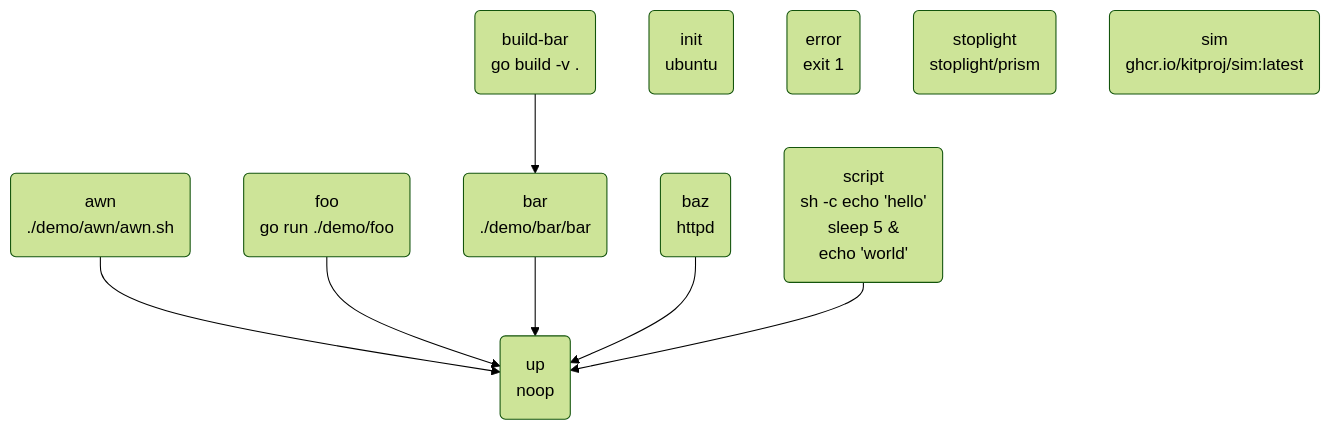
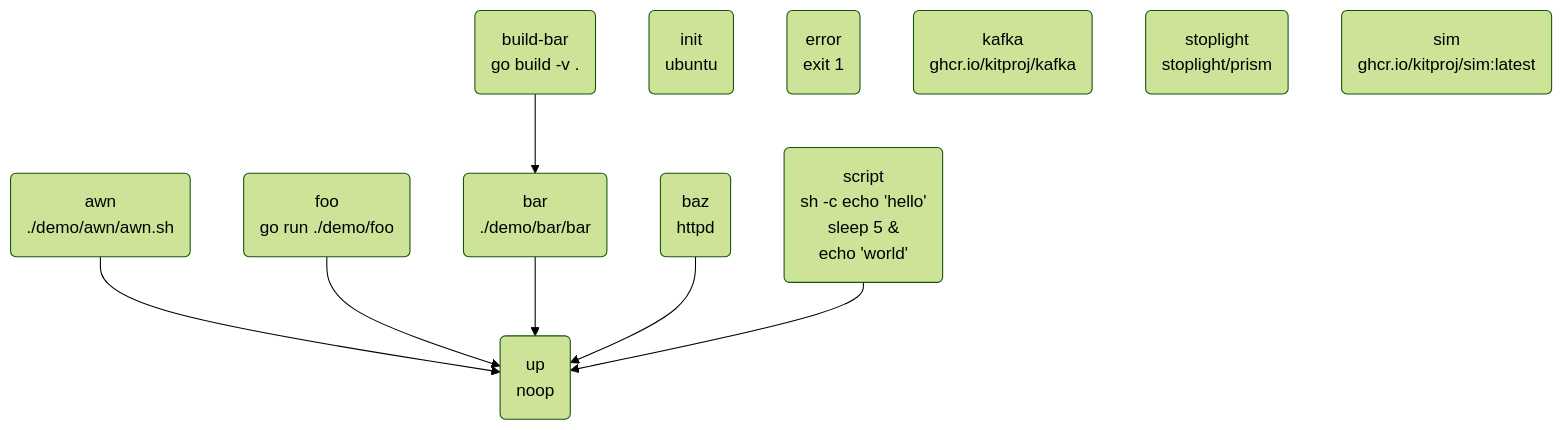
One commit to kitproj/kit changed the diagram in tasks.yaml.mermaid. Above: the diagram before and after it, drawn with Mermaid (forest theme). The commit also changed 2 other files, not shown here.

Commit message:
doc: document Kafka

```diff
--- a/tasks.yaml.mermaid
+++ b/tasks.yaml.mermaid
@@ -1,18 +1,19 @@
 flowchart TD
 	awn("awn\n./demo/awn/awn.sh")
 	foo("foo\ngo run ./demo/foo")
 	build-bar("build-bar\ngo build -v .")
 	bar("bar\n./demo/bar/bar")
 	build-bar --> bar
 	baz("baz\nhttpd")
 	init("init\nubuntu")
 	error("error\nexit 1")
 	script("script\nsh -c echo 'hello'\nsleep 5 & \necho 'world'\n")
+	kafka("kafka\nghcr.io/kitproj/kafka")
 	stoplight("stoplight\nstoplight/prism")
 	sim("sim\nghcr.io/kitproj/sim:latest")
 	up("up\nnoop")
 	awn --> up
 	foo --> up
 	bar --> up
 	baz --> up
 	script --> up
```
